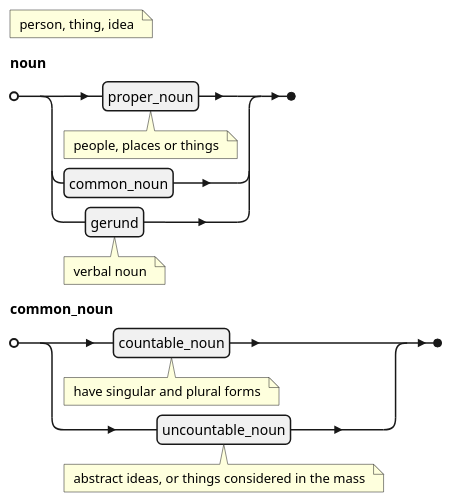
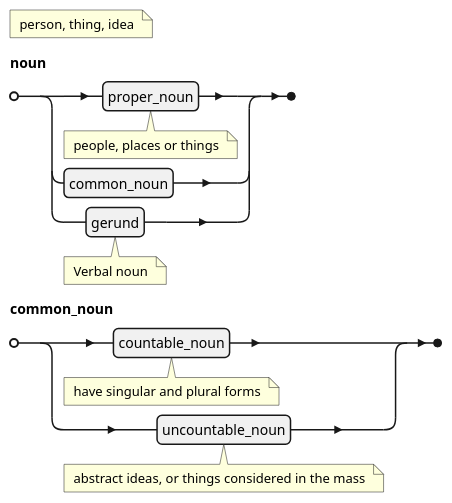
The sixth of 11 diagrams in content/en/docs/Reference/english.md (ChristineTham/buddhavacana), drawn with PlantUML before and after one commit. The commit also changed other lines of this file, not shown here.

````diff
--- a/content/en/docs/Reference/english.md
+++ b/content/en/docs/Reference/english.md
@@ -108,9 +113,9 @@
 ```plantuml
 @startebnf
 (* person, thing, idea *)
 noun = proper_noun (* people, places or things *) |
-  common_noun | gerund (* verbal noun *);
+  common_noun | gerund (* Verbal noun *);
 common_noun = countable_noun (* have singular and plural forms *) |
   uncountable_noun (* abstract ideas, or things considered in the mass *) ;
 @endebnf
 ```
````
